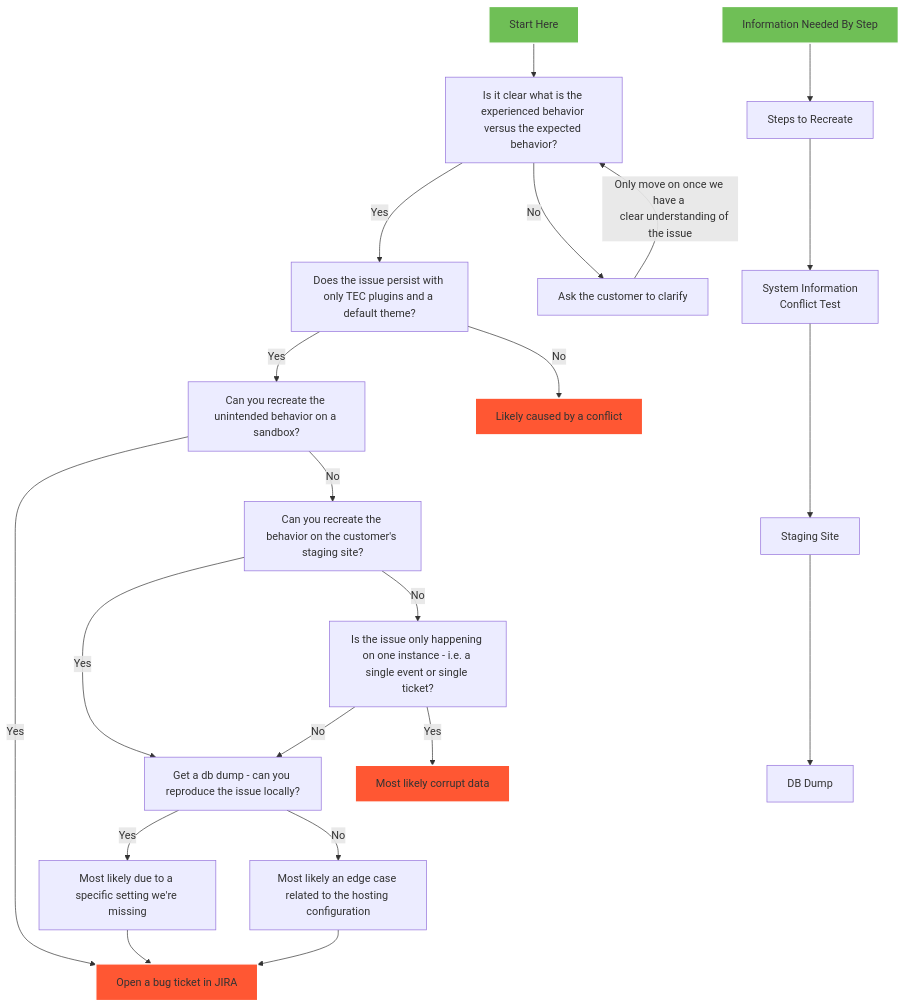
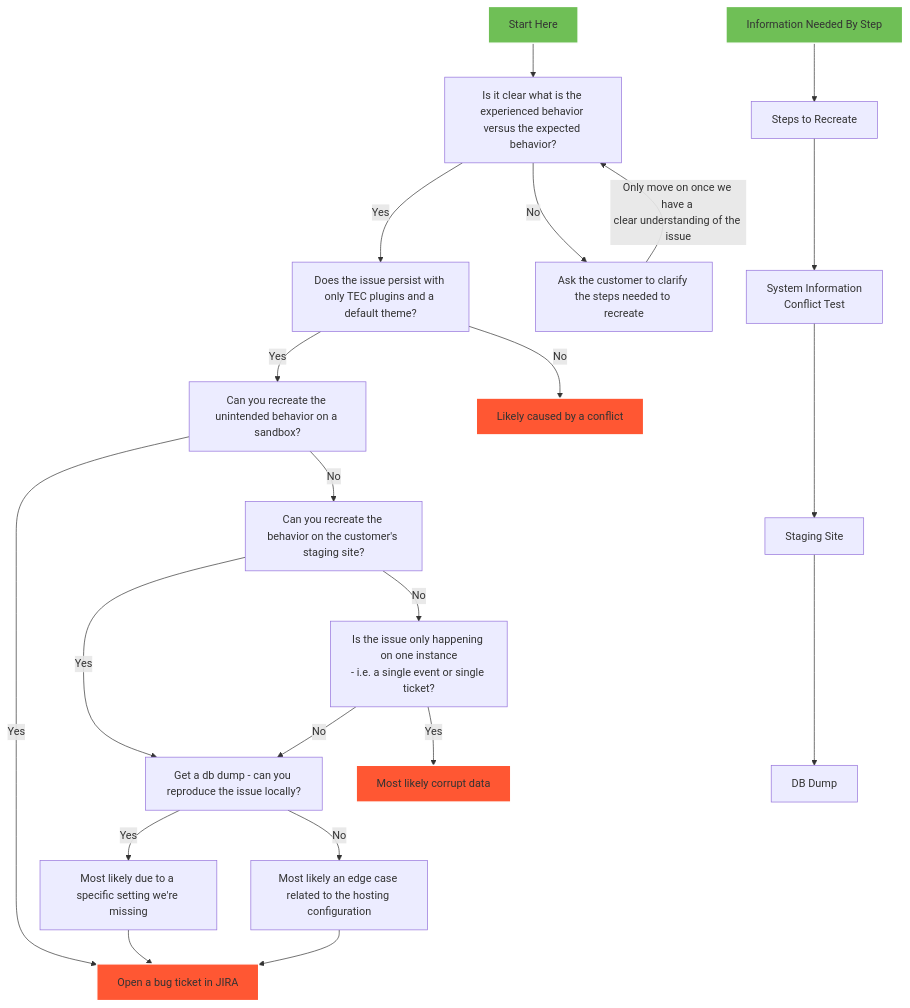
The diagram in support-flowchart.md (sdokus/sdokus-dev-day-concepts), drawn with Mermaid before and after one commit. The commit also changed other lines of this file, not shown here.

Commit message:
Added more details to Information section

````diff
--- a/support-flowchart.md
+++ b/support-flowchart.md
@@ -3,59 +3,67 @@
 ```mermaid
 graph TD
-    A[Start Here]
-    A --> B
-    B[Is it clear what is the experienced behavior versus the expected behavior?]
-    B -->|Yes| C
-    B -->|No| D
-    D[Ask the customer to clarify]
-    D -->|Only move on once we have a 
-    clear understanding of the issue|B
+A[Start Here]
+A --> B
+B[Is it clear what is the experienced behavior versus the expected behavior?]
+B -->|Yes| C
+B -->|No| D
+
+D[Ask the customer to clarify 
+the steps needed to recreate]
+D -->|Only move on once we have a 
+clear understanding of the issue|B
+
 C[Does the issue persist with only TEC plugins and a default theme?]
 C -->|Yes|E
 C -->|No|F
+
+F[Likely caused by a conflict]
 E[Can you recreate the unintended behavior on a sandbox?]
-F[Likely caused by a conflict]
-click F href "https://theeventscalendar.com/knowledgebase/testing-for-conflicts/"
 E -->|Yes|G
 E -->|No|H
+
 G[Open a bug ticket in JIRA]
 H[Can you recreate the behavior on the customer's staging site?]
 H -->|Yes|I
 H -->|No|J
+
 I[Get a db dump - can you reproduce the issue locally?]
 I -->|Yes|N
 I -->|No|M
+
+J[Is the issue only happening on one instance
+- i.e. a single event or single ticket?]
+J -->|No|I
+J -->|Yes|K
+
+K[Most likely corrupt data]
 M[Most likely an edge case related to the hosting configuration]
 N[Most likely due to a specific setting we're missing]
 M --> G
 N --> G
-J[Is the issue only happening on one instance - i.e. a single event or single ticket?]
-J -->|No|I
-J -->|Yes|K
 
-K[Most likely corrupt data]
-
-style A fill: #6FBF56, stroke: #ffffff,stroke-width: 2px;
+style A fill: #6FBF56, stroke: #ffffff, stroke-width: 2px;
 style F fill: #FF5733, stroke: #ffffff, stroke-width: 2px;
-style K fill: #FF5733, stroke: #ffffff,stroke-width: 2px;
+style K fill: #FF5733, stroke: #ffffff, stroke-width: 2px;
 style G fill: #FF5733, stroke: #ffffff, stroke-width: 2px;
 
 %% Second Graph - Information Gathering
 A2[Information Needed By Step]
 A2 --> B2
 B2[Steps to Recreate]
+click B2 href "#steps-to-recreate"
 B2 --> C2
 C2[
 System Information
 Conflict Test
 ]
 click C2 href "#system-info"
 C2 ---> D2
 D2[Staging Site]
 click D2 href "#staging-site"
 D2 ---> E2
 E2[DB Dump]
 click E2 href "#db-dump"
 
-style A2 fill: #6FBF56, stroke: #ffffff, stroke-width:2px;
+style A2 fill: #6FBF56, stroke: #ffffff, stroke-width: 2px;
 ```
````
